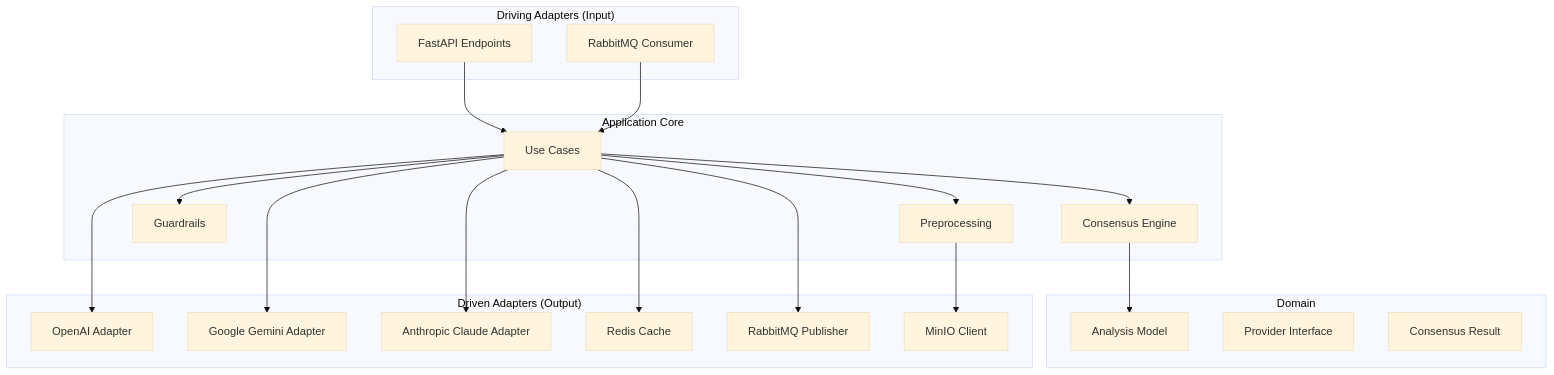
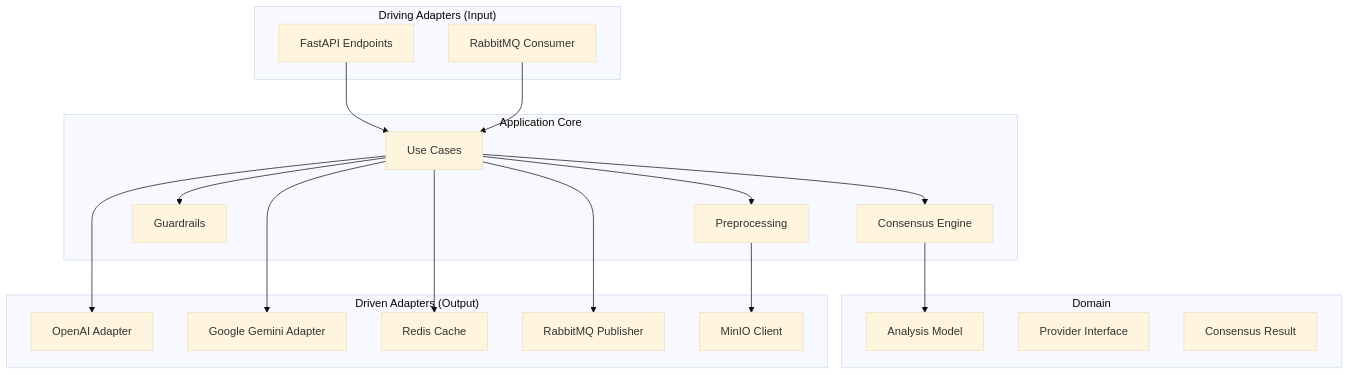
Before and after one commit to ArchLens-Fiap/archlens-ai-processing: the first of 5 diagrams in README.md, drawn with Mermaid (base theme). The commit also changed other lines of this file, not shown here.

First line of the commit message:
docs: fix README issues (badges, mermaid, dark backgrounds, author line)

````diff
--- a/README.md
+++ b/README.md
@@ -27,42 +23,40 @@
 ```mermaid
 graph TB
     subgraph "Driving Adapters (Input)"
         A[FastAPI Endpoints]
         B[RabbitMQ Consumer]
     end
 
     subgraph "Application Core"
         C[Use Cases]
         D[Consensus Engine]
         E[Guardrails]
         F[Preprocessing]
     end
 
     subgraph "Domain"
         G[Analysis Model]
         H[Provider Interface]
         I[Consensus Result]
     end
 
     subgraph "Driven Adapters (Output)"
         J[OpenAI Adapter]
         K[Google Gemini Adapter]
-        L[Anthropic Claude Adapter]
         M[Redis Cache]
         N[RabbitMQ Publisher]
         O[MinIO Client]
     end
 
     A --> C
     B --> C
     C --> D
     C --> E
     C --> F
     D --> G
     C --> J
     C --> K
-    C --> L
     C --> M
     C --> N
     F --> O
 ```
````
